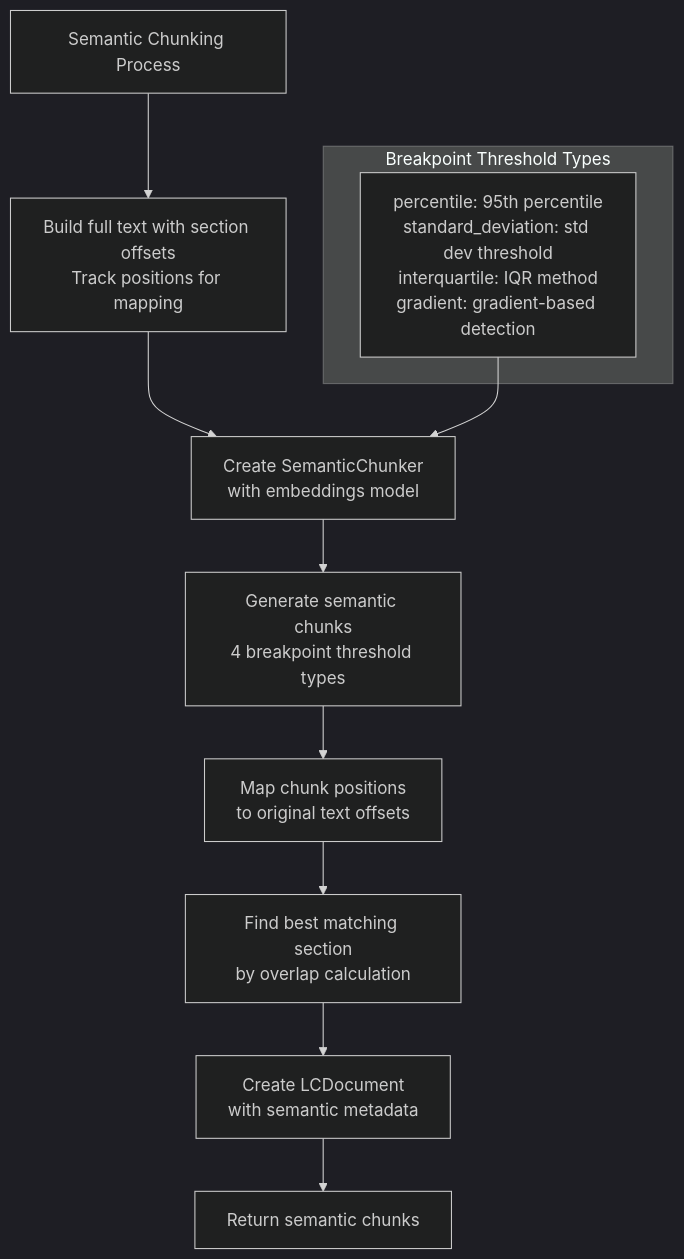
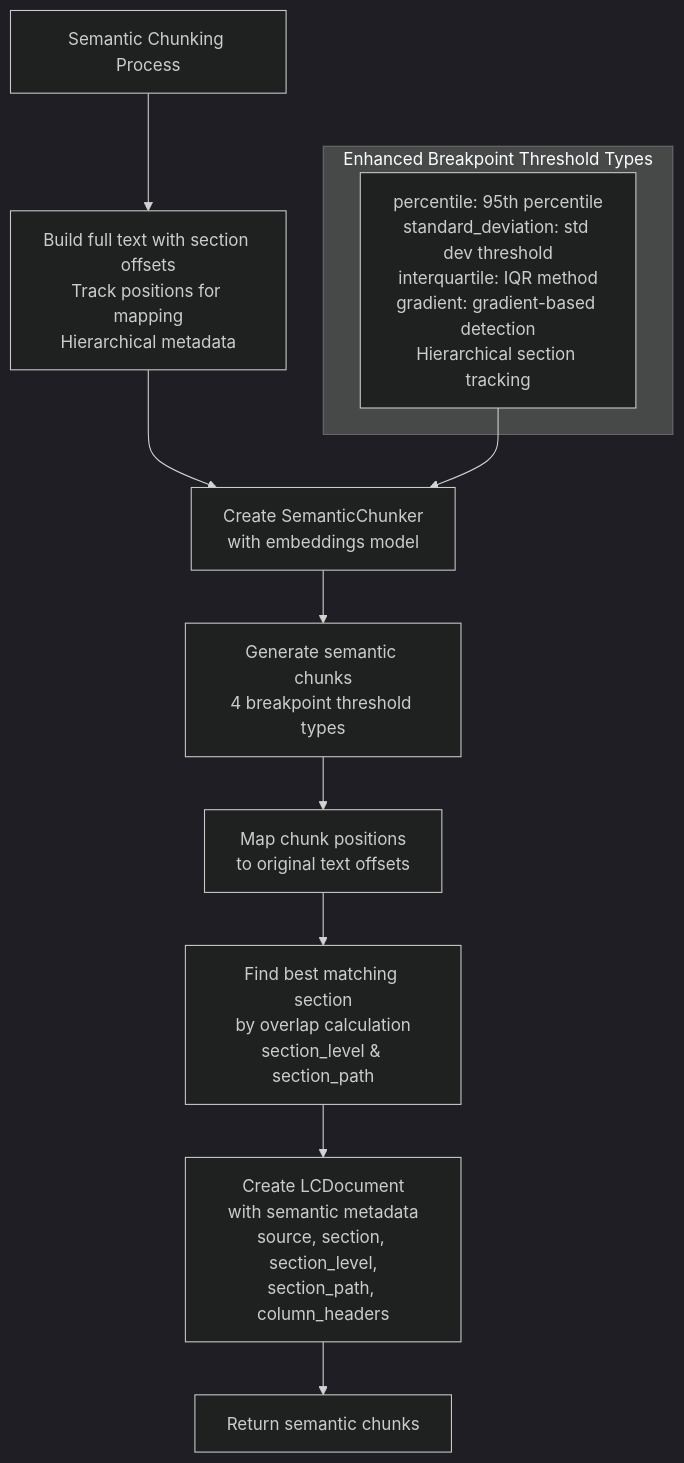
One commit to ognelis/cafetera_hr_bot changed the sixth of 14 diagrams in .qoder/repowiki/en/content/RAG Integration/RAG Parser Enhancement.md. Above: the diagram before and after it, drawn with Mermaid (dark theme). The commit also changed other lines of this file and 2 other files, not shown here.

````diff
--- a/.qoder/repowiki/en/content/RAG Integration/RAG Parser Enhancement.md
+++ b/.qoder/repowiki/en/content/RAG Integration/RAG Parser Enhancement.md
@@ -324,14 +378,14 @@
 ```mermaid
 flowchart TD
-StartSemantic["Semantic Chunking Process"] --> BuildText["Build full text with section offsets<br/>Track positions for mapping"]
+StartSemantic["Semantic Chunking Process"] --> BuildText["Build full text with section offsets<br/>Track positions for mapping<br/>Hierarchical metadata"]
 BuildText --> CreateChunker["Create SemanticChunker<br/>with embeddings model"]
 CreateChunker --> GenerateChunks["Generate semantic chunks<br/>4 breakpoint threshold types"]
 GenerateChunks --> MapPositions["Map chunk positions<br/>to original text offsets"]
-MapPositions --> FindSection["Find best matching section<br/>by overlap calculation"]
-FindSection --> CreateDocs["Create LCDocument<br/>with semantic metadata"]
+MapPositions --> FindSection["Find best matching section<br/>by overlap calculation<br/>section_level & section_path"]
+FindSection --> CreateDocs["Create LCDocument<br/>with semantic metadata<br/>source, section, section_level,<br/>section_path, column_headers"]
 CreateDocs --> ReturnDocs["Return semantic chunks"]
-subgraph "Breakpoint Threshold Types"
-Types["percentile: 95th percentile<br/>standard_deviation: std dev threshold<br/>interquartile: IQR method<br/>gradient: gradient-based detection"]
+subgraph "Enhanced Breakpoint Threshold Types"
+Types["percentile: 95th percentile<br/>standard_deviation: std dev threshold<br/>interquartile: IQR method<br/>gradient: gradient-based detection<br/>Hierarchical section tracking"]
 end
 Types --> CreateChunker
 ```
````
